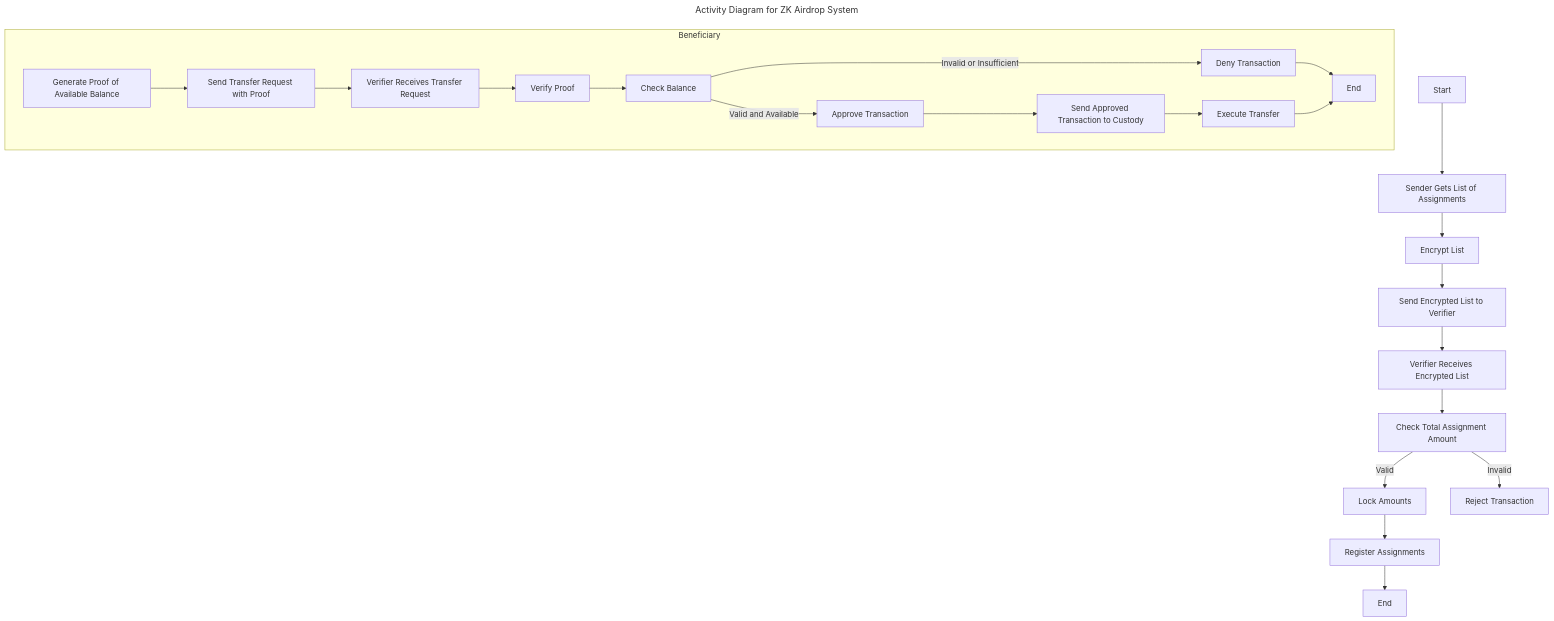
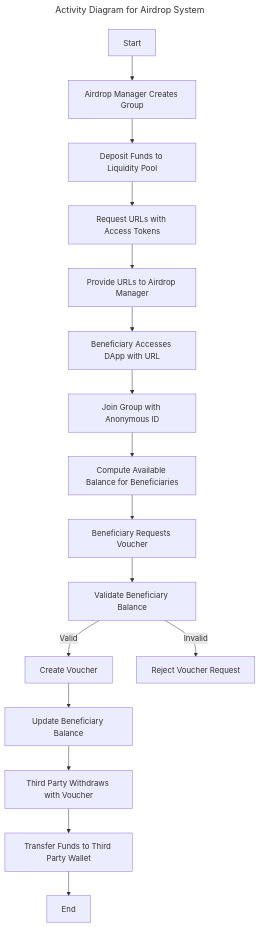
The fourth of 4 diagrams in 2024/week3/zk_private_airdrop.md (prodasl/core-program), drawn with Mermaid before and after one commit. The commit also changed other lines of this file, not shown here.

````diff
--- a/2024/week3/zk_private_airdrop.md
+++ b/2024/week3/zk_private_airdrop.md
@@ -138,28 +110,21 @@
 ```mermaid
 ---
-title: Activity Diagram for ZK Airdrop System
+title: Activity Diagram for Airdrop System
 ---
 flowchart TD
-    A[Start] --> B[Sender Gets List of Assignments]
-    B --> C[Encrypt List]
-    C --> D[Send Encrypted List to Verifier]
-    D --> E[Verifier Receives Encrypted List]
-    E --> F[Check Total Assignment Amount]
-    F -->|Valid| G[Lock Amounts]
-    G --> H[Register Assignments]
-    F -->|Invalid| I[Reject Transaction]
-    H --> J[End]
-
-    subgraph Beneficiary
-        K[Generate Proof of Available Balance] --> L[Send Transfer Request with Proof]
-        L --> M[Verifier Receives Transfer Request]
-        M --> N[Verify Proof]
-        N --> O[Check Balance]
-        O -->|Valid and Available| P[Approve Transaction]
-        O -->|Invalid or Insufficient| Q[Deny Transaction]
-        P --> R[Send Approved Transaction to Custody]
-        Q --> S[End]
-        R --> T[Execute Transfer]
-        T --> S
-    end
+    A[Start] --> B[Airdrop Manager Creates Group]
+    B --> C[Deposit Funds to Liquidity Pool]
+    C --> D[Request URLs with Access Tokens]
+    D --> E[Provide URLs to Airdrop Manager]
+    E --> F[Beneficiary Accesses DApp with URL]
+    F --> G[Join Group with Anonymous ID]
+    G --> H[Compute Available Balance for Beneficiaries]
+    H --> I[Beneficiary Requests Voucher]
+    I --> J[Validate Beneficiary Balance]
+    J -->|Valid| K[Create Voucher]
+    K --> L[Update Beneficiary Balance]
+    J -->|Invalid| M[Reject Voucher Request]
+    L --> N[Third Party Withdraws with Voucher]
+    N --> O[Transfer Funds to Third Party Wallet]
+    O --> P[End]
 ```
````
